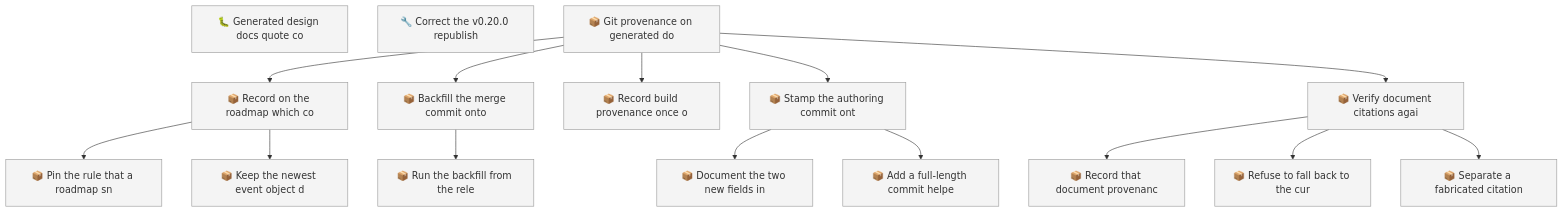
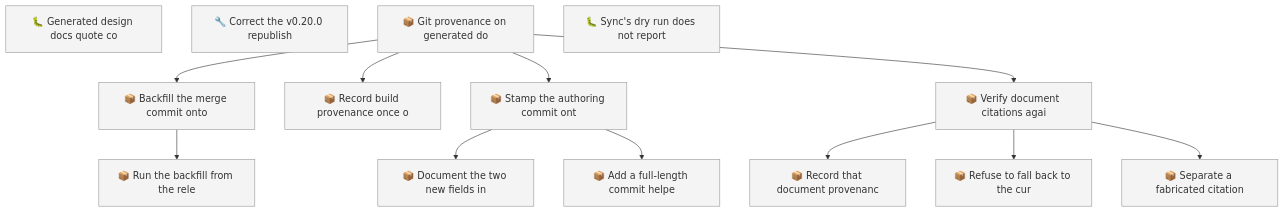
The first of 2 diagrams in docs/roadmap.md (SpillwaveSolutions/wiki_ticket_sdd), drawn with Mermaid before and after one commit. The commit also changed other lines of this file and 14 other files, not shown here.

````diff
--- a/docs/roadmap.md
+++ b/docs/roadmap.md
@@ -65,34 +64,29 @@
 ```mermaid
 graph TD
     01KZ2M75CEXBQHFN1AG1Z8A2YB["🐛 Generated design docs quote co"]
     01KZ2PJZF067ZS4YW231C1FM28["🔧 Correct the v0.20.0 republish"]
     01KZ30X6HZ6FKJXJX386J44CB1["📦 Git provenance on generated do"]
-    01KZ30X6JD06D11ACPVF8Q5GMW["📦 Record on the roadmap which co"]
-    01KZ30X6JDHPRBESZDQ2CSNJZ2["📦 Pin the rule that a roadmap sn"]
-    01KZ30X6JDSYHB6FQB7RRCGKQQ["📦 Keep the newest event object d"]
     01KZ30X6JE0QSQF6BE8S0YRPBW["📦 Backfill the merge commit onto"]
     01KZ30X6JE1ERVS43QVXEEGVXA["📦 Record build provenance once o"]
     01KZ30X6JE8542ERDW1B8A9P8H["📦 Run the backfill from the rele"]
     01KZ30X6JEBXN08HQTQ77ESSTV["📦 Record that document provenanc"]
     01KZ30X6JECK0M9G04ZHMS4SMA["📦 Stamp the authoring commit ont"]
     01KZ30X6JEETVQZG7YYFM7B998["📦 Refuse to fall back to the cur"]
     01KZ30X6JEF29Z5AEEWXBSJWHV["📦 Verify document citations agai"]
     01KZ30X6JEH1Z7D5AC5ZAMM5V8["📦 Document the two new fields in"]
     01KZ30X6JEWCD74E81Y555DAYP["📦 Separate a fabricated citation"]
     01KZ30X6JEXH4TTKHDNV3ZW0Q2["📦 Add a full-length commit helpe"]
-    01KZ30X6HZ6FKJXJX386J44CB1 --> 01KZ30X6JD06D11ACPVF8Q5GMW
-    01KZ30X6JD06D11ACPVF8Q5GMW --> 01KZ30X6JDHPRBESZDQ2CSNJZ2
-    01KZ30X6JD06D11ACPVF8Q5GMW --> 01KZ30X6JDSYHB6FQB7RRCGKQQ
+    01KZ31DGAQ2YDP6RMEMVNAWABH["🐛 Sync's dry run does not report"]
     01KZ30X6HZ6FKJXJX386J44CB1 --> 01KZ30X6JE0QSQF6BE8S0YRPBW
     01KZ30X6HZ6FKJXJX386J44CB1 --> 01KZ30X6JE1ERVS43QVXEEGVXA
     01KZ30X6JE0QSQF6BE8S0YRPBW --> 01KZ30X6JE8542ERDW1B8A9P8H
     01KZ30X6JEF29Z5AEEWXBSJWHV --> 01KZ30X6JEBXN08HQTQ77ESSTV
     01KZ30X6HZ6FKJXJX386J44CB1 --> 01KZ30X6JECK0M9G04ZHMS4SMA
     01KZ30X6JEF29Z5AEEWXBSJWHV --> 01KZ30X6JEETVQZG7YYFM7B998
     01KZ30X6HZ6FKJXJX386J44CB1 --> 01KZ30X6JEF29Z5AEEWXBSJWHV
     01KZ30X6JECK0M9G04ZHMS4SMA --> 01KZ30X6JEH1Z7D5AC5ZAMM5V8
     01KZ30X6JEF29Z5AEEWXBSJWHV --> 01KZ30X6JEWCD74E81Y555DAYP
     01KZ30X6JECK0M9G04ZHMS4SMA --> 01KZ30X6JEXH4TTKHDNV3ZW0Q2
     classDef todo fill:#f4f4f4,stroke:#999999
-    class 01KZ2M75CEXBQHFN1AG1Z8A2YB,01KZ2PJZF067ZS4YW231C1FM28,01KZ30X6HZ6FKJXJX386J44CB1,01KZ30X6JD06D11ACPVF8Q5GMW,01KZ30X6JDHPRBESZDQ2CSNJZ2,01KZ30X6JDSYHB6FQB7RRCGKQQ,01KZ30X6JE0QSQF6BE8S0YRPBW,01KZ30X6JE1ERVS43QVXEEGVXA,01KZ30X6JE8542ERDW1B8A9P8H,01KZ30X6JEBXN08HQTQ77ESSTV,01KZ30X6JECK0M9G04ZHMS4SMA,01KZ30X6JEETVQZG7YYFM7B998,01KZ30X6JEF29Z5AEEWXBSJWHV,01KZ30X6JEH1Z7D5AC5ZAMM5V8,01KZ30X6JEWCD74E81Y555DAYP,01KZ30X6JEXH4TTKHDNV3ZW0Q2 todo
+    class 01KZ2M75CEXBQHFN1AG1Z8A2YB,01KZ2PJZF067ZS4YW231C1FM28,01KZ30X6HZ6FKJXJX386J44CB1,01KZ30X6JE0QSQF6BE8S0YRPBW,01KZ30X6JE1ERVS43QVXEEGVXA,01KZ30X6JE8542ERDW1B8A9P8H,01KZ30X6JEBXN08HQTQ77ESSTV,01KZ30X6JECK0M9G04ZHMS4SMA,01KZ30X6JEETVQZG7YYFM7B998,01KZ30X6JEF29Z5AEEWXBSJWHV,01KZ30X6JEH1Z7D5AC5ZAMM5V8,01KZ30X6JEWCD74E81Y555DAYP,01KZ30X6JEXH4TTKHDNV3ZW0Q2,01KZ31DGAQ2YDP6RMEMVNAWABH todo
 ```
````
